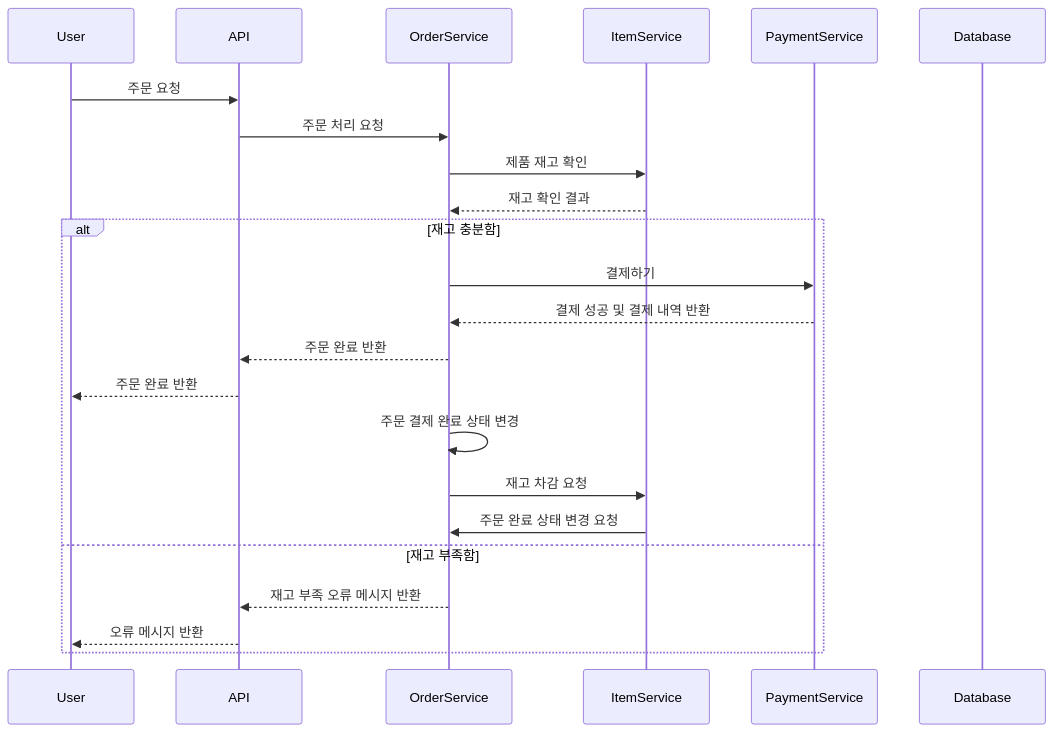
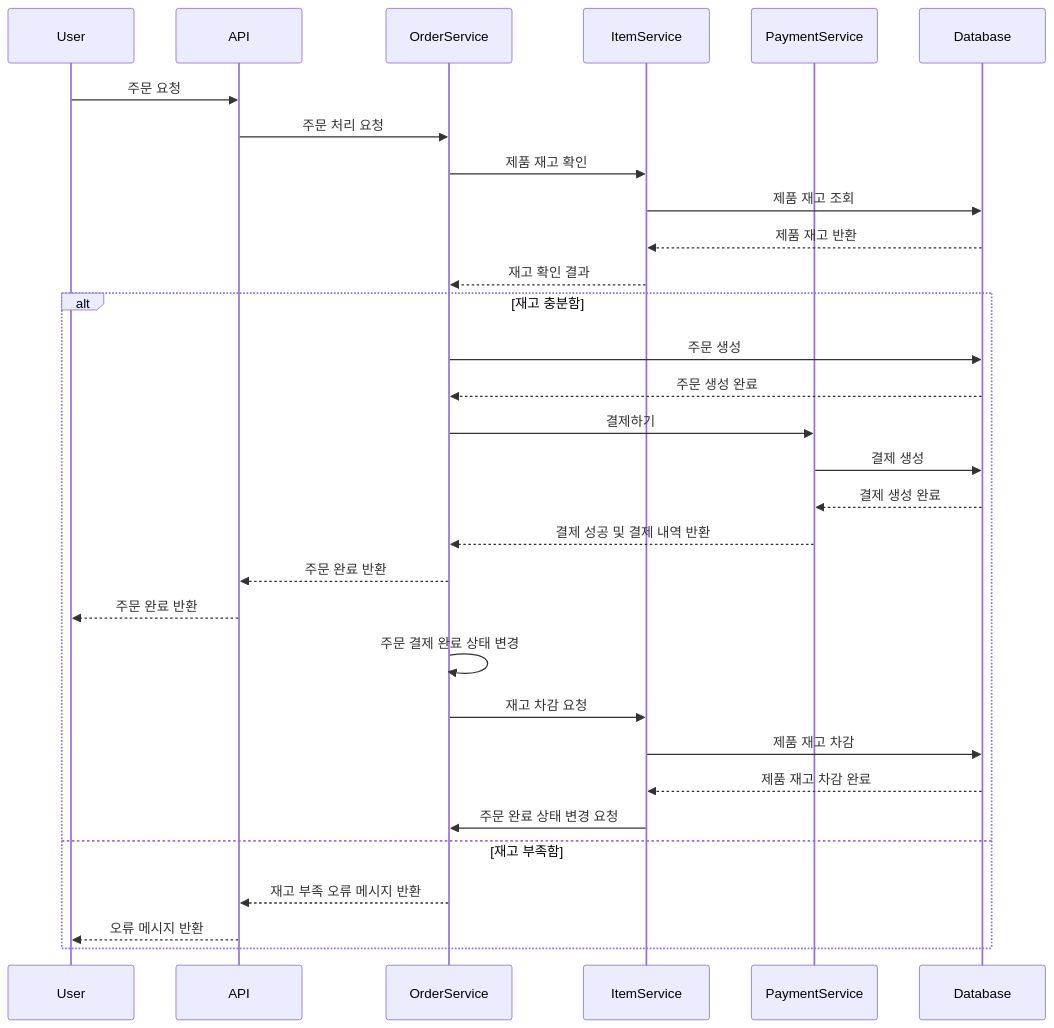
One commit to zzangoobrother/stock-order-project changed the fifth of 5 diagrams in docs/EventSequence.md. Above: the diagram before and after it, drawn with Mermaid. The commit also changed other lines of this file, not shown here.

Commit message:
docs : 시쿼스 다이어그램 수정

````diff
--- a/docs/EventSequence.md
+++ b/docs/EventSequence.md
@@ -156,26 +157,34 @@
 ```mermaid
 sequenceDiagram
     participant User
     participant API
     participant OrderService
     participant ItemService
     participant PaymentService
     participant Database
     
     User->>API: 주문 요청
     API->>OrderService: 주문 처리 요청
     OrderService->>ItemService: 제품 재고 확인
+    ItemService->>Database: 제품 재고 조회
+    Database-->>ItemService: 제품 재고 반환
     ItemService-->>OrderService: 재고 확인 결과
     alt 재고 충분함
+        OrderService->>Database: 주문 생성
+        Database-->>OrderService: 주문 생성 완료
         OrderService->>PaymentService: 결제하기
+        PaymentService->>Database: 결제 생성
+        Database-->>PaymentService: 결제 생성 완료
         PaymentService-->>OrderService: 결제 성공 및 결제 내역 반환
         OrderService-->>API: 주문 완료 반환
         API-->>User: 주문 완료 반환
         OrderService->>OrderService: 주문 결제 완료 상태 변경
         OrderService->>ItemService: 재고 차감 요청
+        ItemService->>Database: 제품 재고 차감
+        Database-->>ItemService: 제품 재고 차감 완료
         ItemService->>OrderService: 주문 완료 상태 변경 요청
     else 재고 부족함
         OrderService-->>API: 재고 부족 오류 메시지 반환
         API-->>User: 오류 메시지 반환
     end
 ```
````
